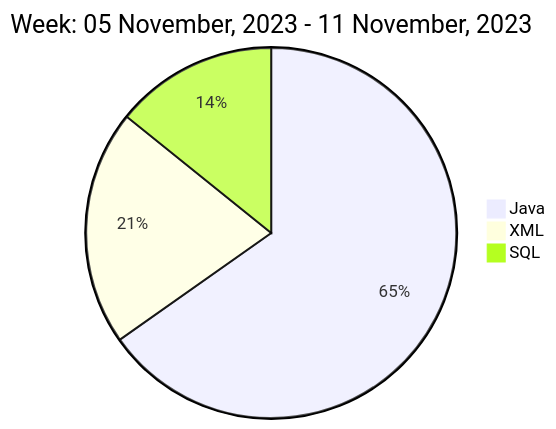
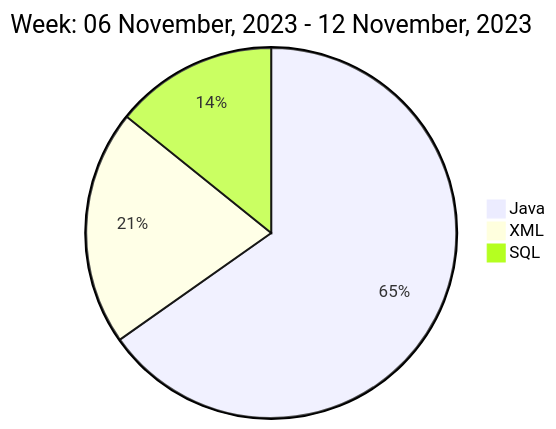
The diagram in README.md (liubin95/liubin95), drawn with Mermaid before and after one commit.

Commit message:
Updated the Graph with new Metrics

````diff
--- a/README.md
+++ b/README.md
@@ -40,7 +40,7 @@
 ```mermaid
  pie
-title Week: 05 November, 2023 - 11 November, 2023
+title Week: 06 November, 2023 - 12 November, 2023
  "Java" : 8.63
  "XML" : 2.72
  "SQL" : 1.88
 ```
````
